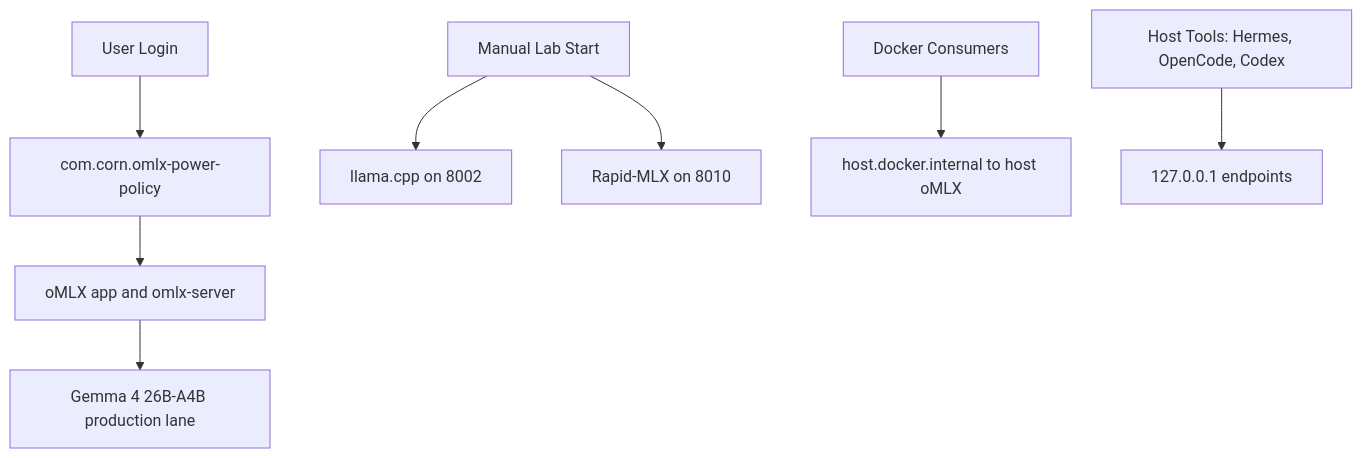
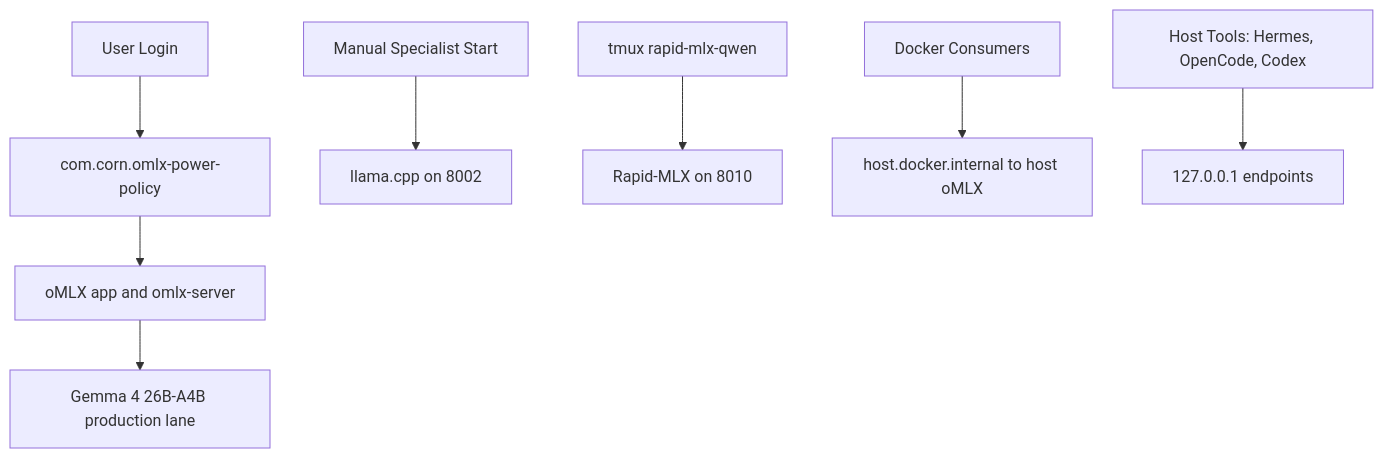
Before and after one commit to Thetromboneman1/macos-wireless-autoswitch: the diagram in docs/architecture/local-ai-startup-architecture.md, drawn with Mermaid. The commit also changed other lines of this file and 3 other files, not shown here.

Commit message:
docs: mark rapid mlx as an available lane

````diff
--- a/docs/architecture/local-ai-startup-architecture.md
+++ b/docs/architecture/local-ai-startup-architecture.md
@@ -5,10 +5,10 @@
 ```mermaid
 flowchart TD
   Login[User Login] --> PowerPolicy[com.corn.omlx-power-policy]
   PowerPolicy --> OMLX[oMLX app and omlx-server]
   OMLX --> Prod[Gemma 4 26B-A4B production lane]
-  Manual[Manual Lab Start] --> Llama[llama.cpp on 8002]
-  Manual --> Rapid[Rapid-MLX on 8010]
+  Manual[Manual Specialist Start] --> Llama[llama.cpp on 8002]
+  RapidStart[tmux rapid-mlx-qwen] --> Rapid[Rapid-MLX on 8010]
   Docker[Docker Consumers] --> HostAlias[host.docker.internal to host oMLX]
   HostTools[Host Tools: Hermes, OpenCode, Codex] --> Loopback[127.0.0.1 endpoints]
 ```
````
